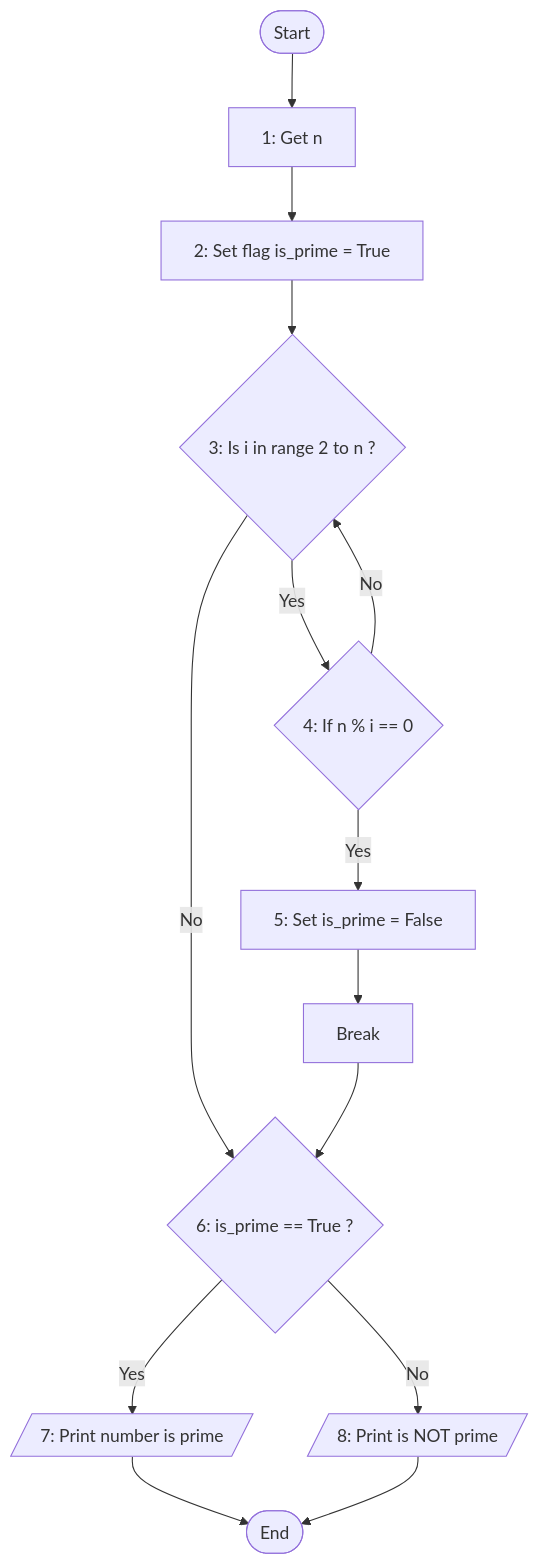
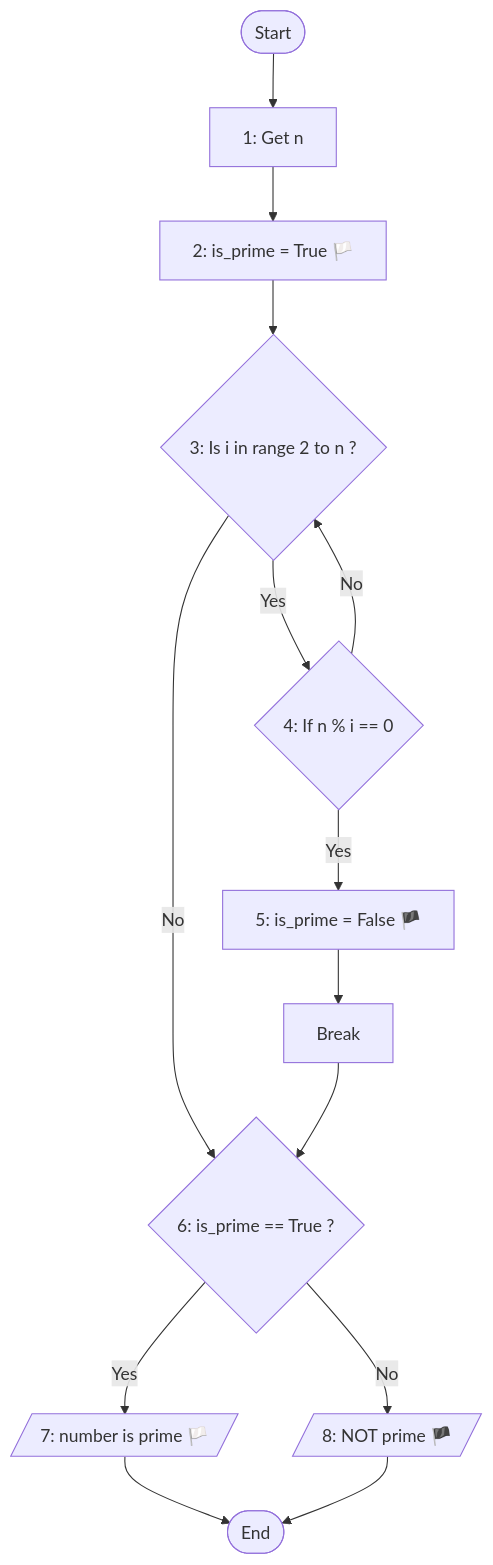
Before and after one commit to hayyaun/kids: the diagram in helps/exercise-3-2.md, drawn with Mermaid.

````diff
--- a/helps/exercise-3-2.md
+++ b/helps/exercise-3-2.md
@@ -34,22 +34,22 @@
 ```mermaid
 flowchart TD
     A(Start) --> E[1: Get n]
-    E --> F[2: Set flag is_prime = True]
+    E --> F[2: is_prime = True 🏳️]
     F --> G{3: Is i in range 2 to n ?}
     G -- Yes --> H{4: If n % i == 0}
     H -- No --> G
-    H -- Yes --> J[5: Set is_prime = False]
+    H -- Yes --> J[5: is_prime = False 🏴 ]
     J --> B[Break]
     G -- No --> I{6: is_prime == True ?}
-    I -- Yes --> X[7: Print number is prime]
-    I -- No --> Y[8: Print is NOT prime]
+    I -- Yes --> X[7: number is prime 🏳️]
+    I -- No --> Y[8: NOT prime 🏴 ]
     B --> I
     X --> Z(End)
     Y --> Z(End)
 
     X@{ shape: in-out}
     Y@{ shape: in-out}
     Z@{ shape: terminal}
     A@{ shape: terminal}
 
 ```
````
